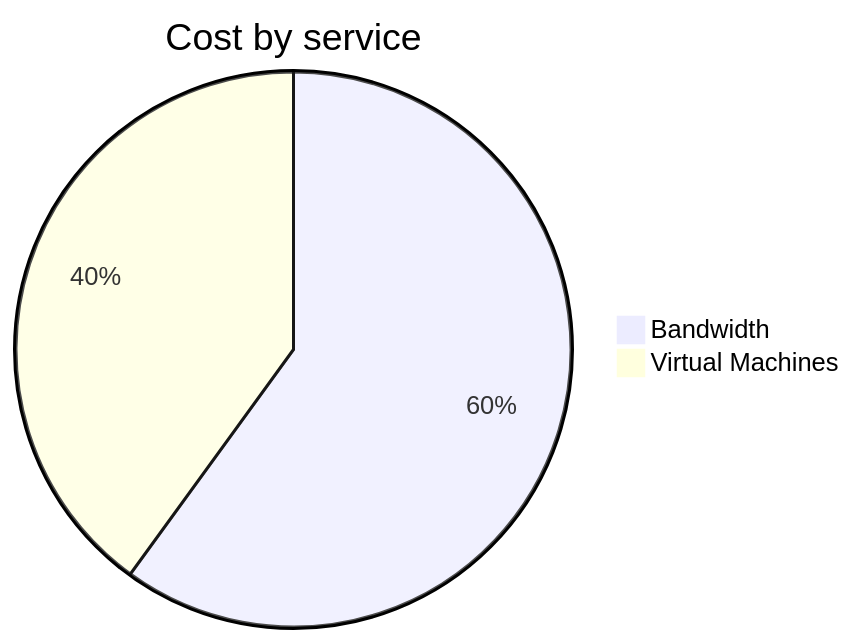
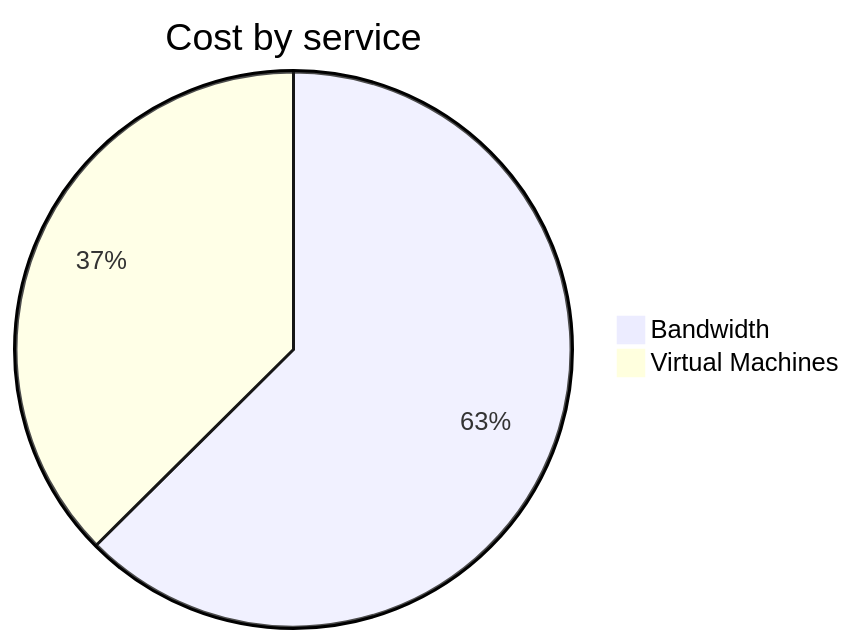
One commit to jpfulton/azure-personal-reports changed the second of 4 diagrams in cost-reports/personal-network/vpn-server.md. Above: the diagram before and after it, drawn with Mermaid. The commit also changed other lines of this file and 8 other files, not shown here.

````diff
--- a/cost-reports/personal-network/vpn-server.md
+++ b/cost-reports/personal-network/vpn-server.md
@@ -96,6 +96,6 @@
 ```mermaid
 pie
    title Cost by service
-   "Bandwidth" : 0.87
-   "Virtual Machines" : 0.58
+   "Bandwidth" : 1.27
+   "Virtual Machines" : 0.76
 ```
````
